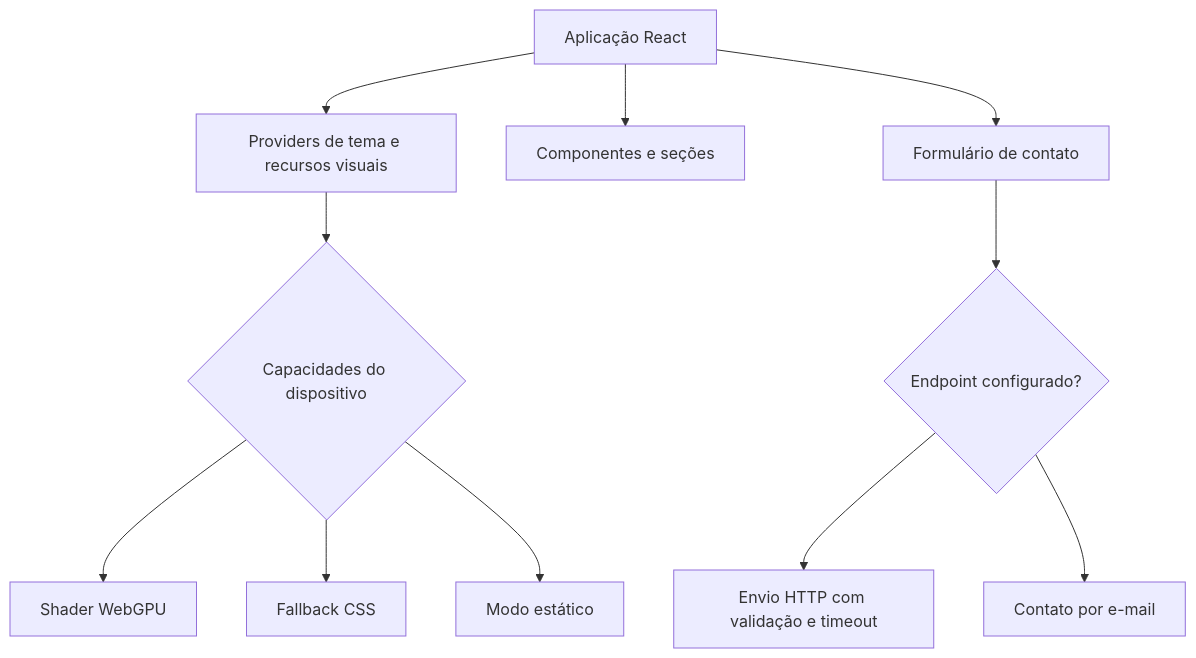
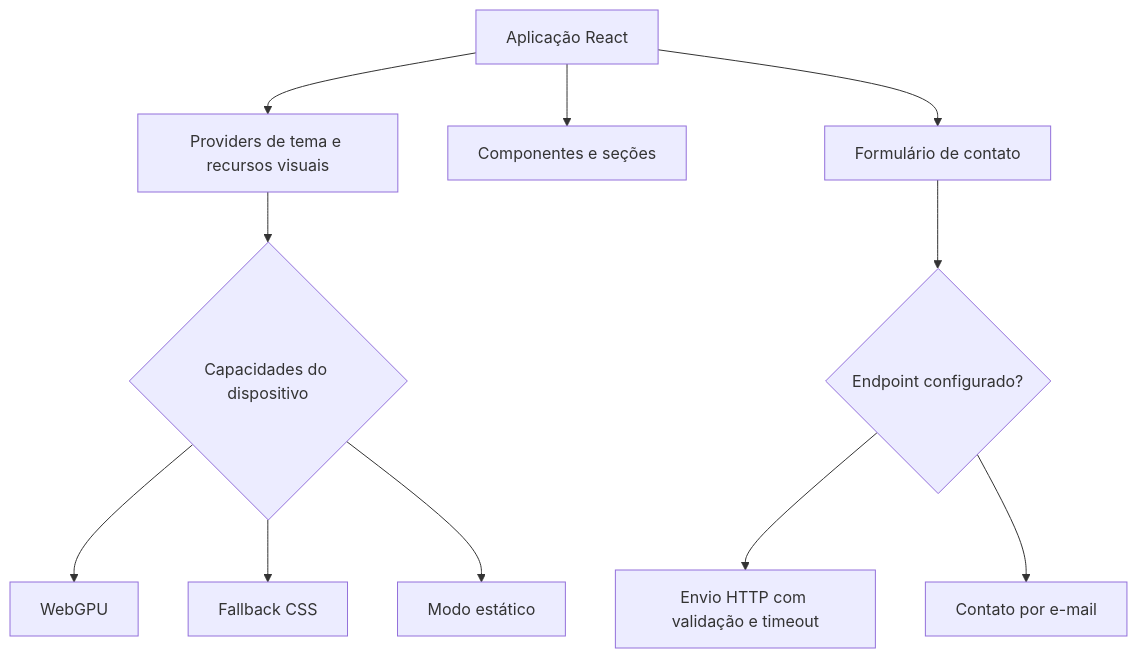
The diagram in README.md (g4brielbr4sil/barthy-web-studio-v2), drawn with Mermaid before and after one commit. The commit also changed other lines of this file, not shown here.

````diff
--- a/README.md
+++ b/README.md
@@ -130,15 +149,15 @@
 ```mermaid
 flowchart TD
     APP[Aplicação React] --> PROVIDERS[Providers de tema e recursos visuais]
     APP --> UI[Componentes e seções]
     APP --> CONTACT[Formulário de contato]
 
     PROVIDERS --> CAPABILITIES{Capacidades do dispositivo}
-    CAPABILITIES --> SHADER[Shader WebGPU]
+    CAPABILITIES --> SHADER[WebGPU]
     CAPABILITIES --> CSS[Fallback CSS]
     CAPABILITIES --> STATIC[Modo estático]
 
     CONTACT --> ENDPOINT{Endpoint configurado?}
     ENDPOINT --> API[Envio HTTP com validação e timeout]
     ENDPOINT --> EMAIL[Contato por e-mail]
 ```
````
